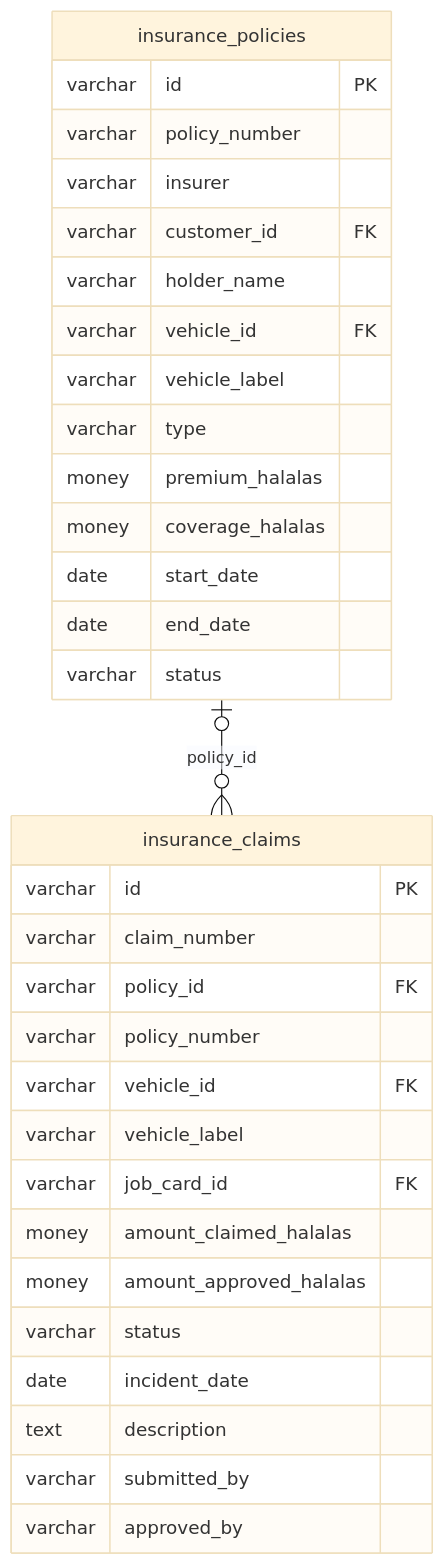
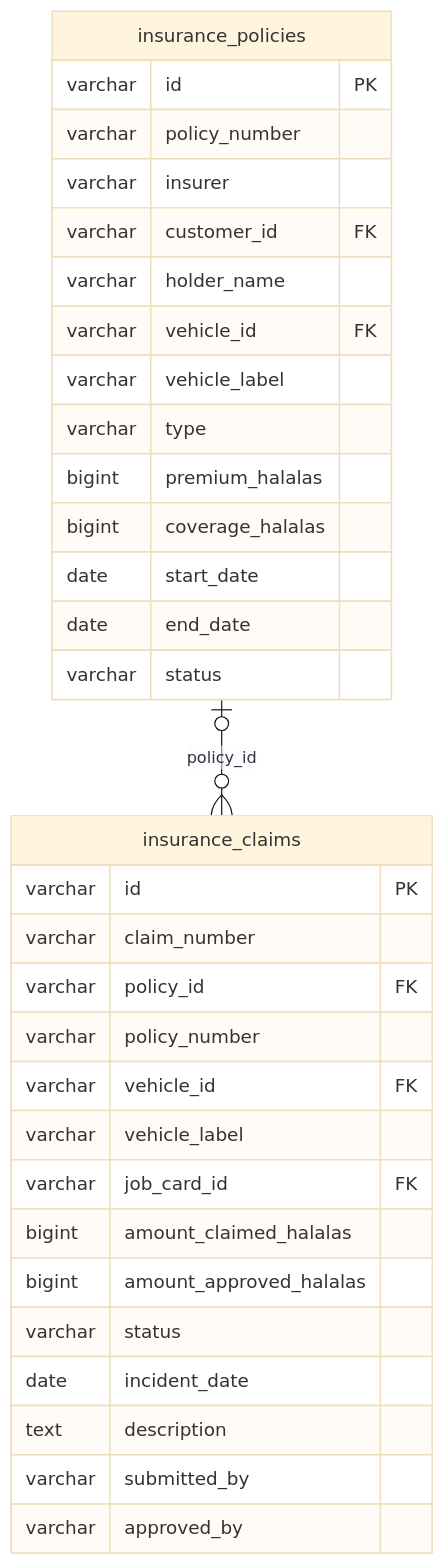
The diagram in docs/33_MASTER_DIAGRAM_LIBRARY/ERD/INSURANCE_ERD.md (tazamohd/SlClNe), drawn with Mermaid (base theme) before and after one commit. The commit also changed 76 other files, not shown here.

````diff
--- a/docs/33_MASTER_DIAGRAM_LIBRARY/ERD/INSURANCE_ERD.md
+++ b/docs/33_MASTER_DIAGRAM_LIBRARY/ERD/INSURANCE_ERD.md
@@ -15,35 +15,35 @@
 ```mermaid
 erDiagram
   insurance_policies {
     varchar id PK
     varchar policy_number
     varchar insurer
     varchar customer_id FK
     varchar holder_name
     varchar vehicle_id FK
     varchar vehicle_label
     varchar type
-    money premium_halalas
-    money coverage_halalas
+    bigint premium_halalas
+    bigint coverage_halalas
     date start_date
     date end_date
     varchar status
   }
   insurance_claims {
     varchar id PK
     varchar claim_number
     varchar policy_id FK
     varchar policy_number
     varchar vehicle_id FK
     varchar vehicle_label
     varchar job_card_id FK
-    money amount_claimed_halalas
-    money amount_approved_halalas
+    bigint amount_claimed_halalas
+    bigint amount_approved_halalas
     varchar status
     date incident_date
     text description
     varchar submitted_by
     varchar approved_by
   }
   insurance_policies |o--o{ insurance_claims : "policy_id"
 ```
````
